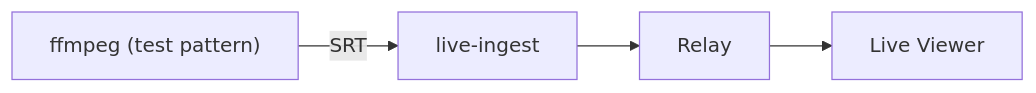
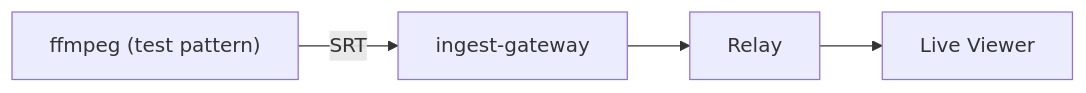
The diagram in README.md (nttcom/moq-wasm), drawn with Mermaid before and after one commit. The commit also changed other lines of this file and 119 other files, not shown here.

First line of the commit message:
refactor(ingest-gateway): merge live-ingest and onvif-ingest into one service (#1962)

````diff
--- a/README.md
+++ b/README.md
@@ -38,4 +38,4 @@
 ```mermaid
 flowchart LR
-    ffmpeg["ffmpeg (test pattern)"] -->|SRT| ingest[live-ingest] --> relay[Relay] --> viewer[Live Viewer]
+    ffmpeg["ffmpeg (test pattern)"] -->|SRT| ingest[ingest-gateway] --> relay[Relay] --> viewer[Live Viewer]
 ```
````
